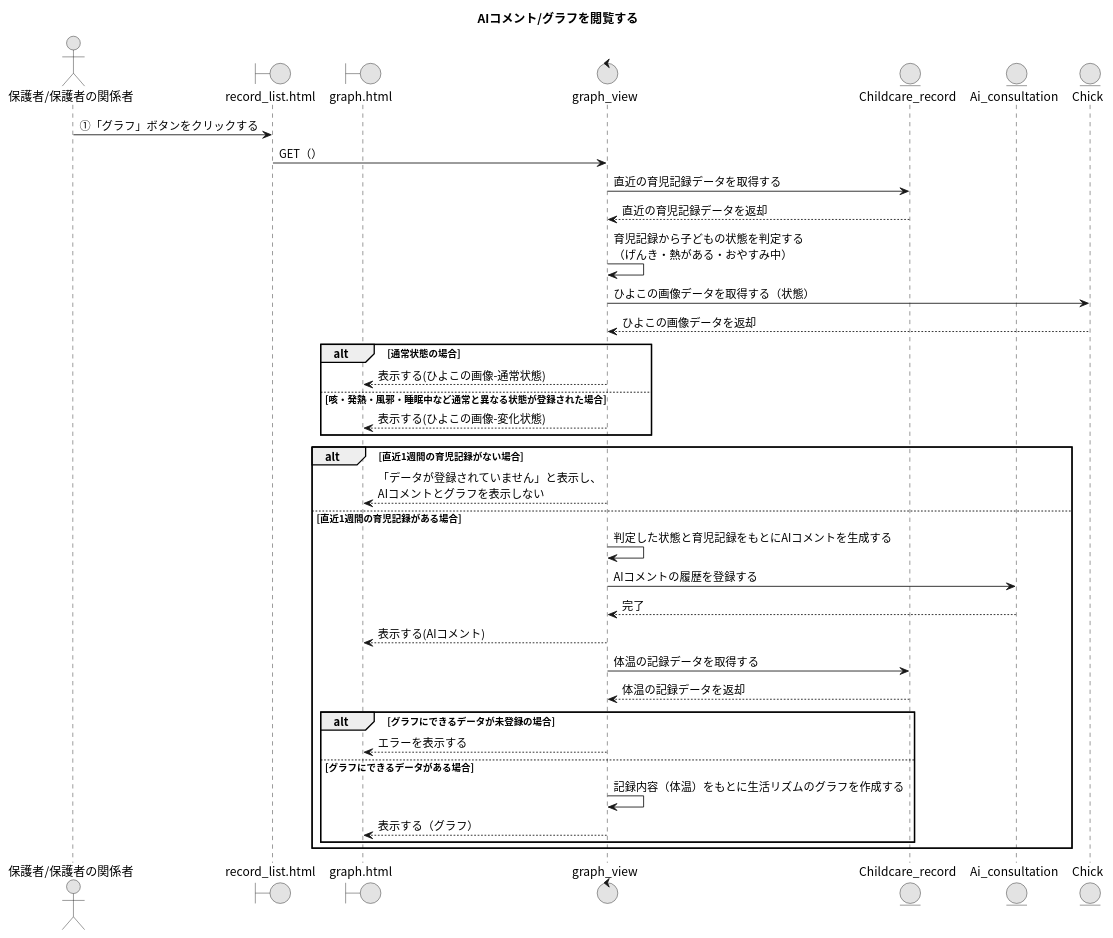
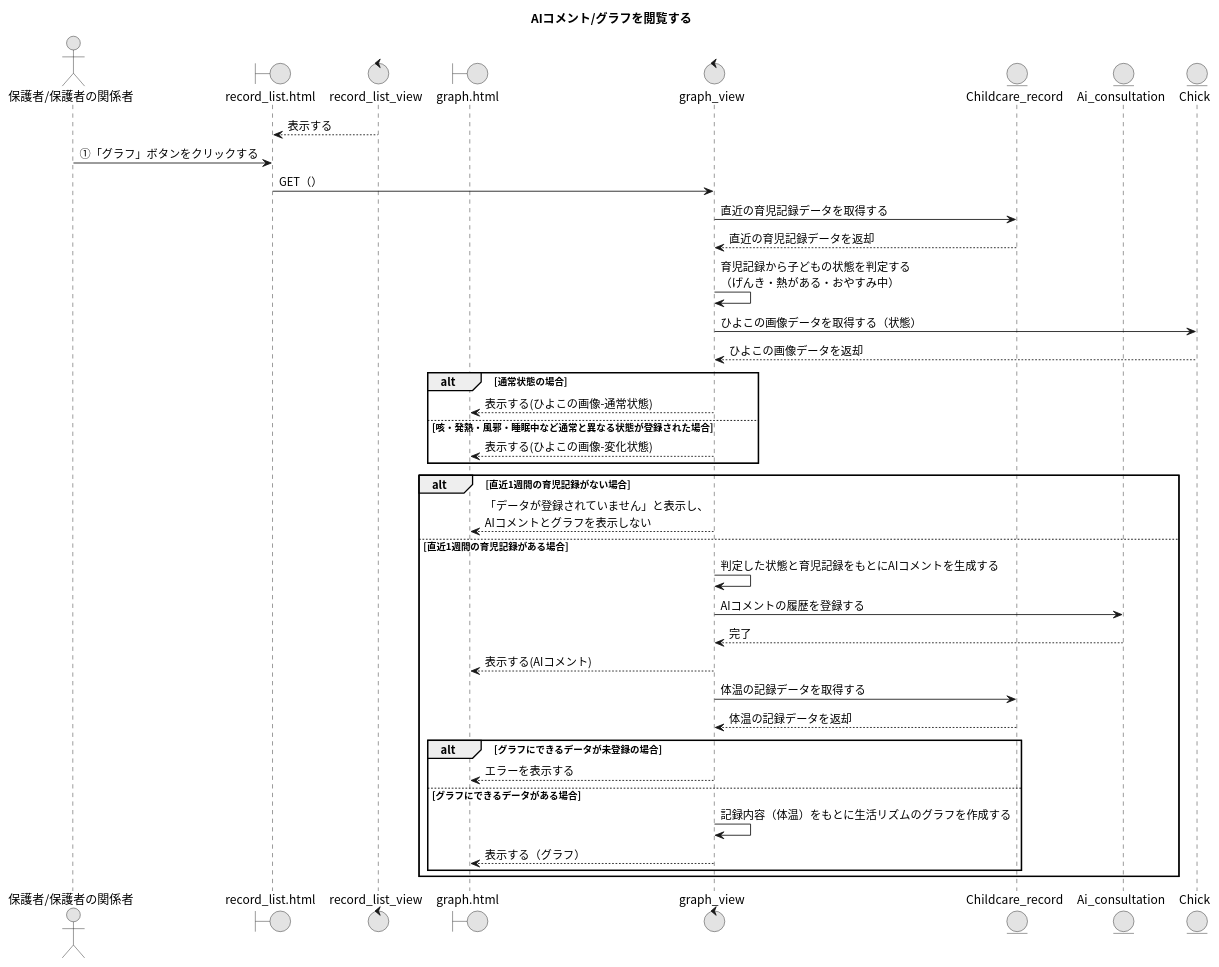
The diagram in 07_AIコメント・グラフを閲覧する.puml (Ma2naga190330/26_sotugyou_puml), drawn with PlantUML before and after one commit.

Commit message:
fix : AIコメントの変更

```diff
--- a/07_AIコメント・グラフを閲覧する.puml
+++ b/07_AIコメント・グラフを閲覧する.puml
@@ -1,44 +1,46 @@
 @startuml
 title AIコメント/グラフを閲覧する
 skinparam defaultFontName "Noto Sans CJK JP"
 skinparam monochrome true
 
 actor "保護者/保護者の関係者" as A
 boundary "record_list.html" as RLP
+control "record_list_view" as RLV
 boundary "graph.html" as GP
 control "graph_view" as GV
 entity "Childcare_record" as CRM
 entity "Ai_consultation" as ACM
 entity "Chick" as CHM
+RLP<-- RLV : 表示する
 A -> RLP : ①「グラフ」ボタンをクリックする
 RLP -> GV : GET（）
 GV -> CRM : 直近の育児記録データを取得する
 GV <-- CRM : 直近の育児記録データを返却
 GV -> GV : 育児記録から子どもの状態を判定する\n（げんき・熱がある・おやすみ中）
 GV -> CHM : ひよこの画像データを取得する（状態）
 GV <-- CHM : ひよこの画像データを返却
 
   alt 通常状態の場合
     GV --> GP : 表示する(ひよこの画像-通常状態)
   else 咳・発熱・風邪・睡眠中など通常と異なる状態が登録された場合
     GP <-- GV : 表示する(ひよこの画像-変化状態)
   end
 alt 直近1週間の育児記録がない場合
   GV --> GP : 「データが登録されていません」と表示し、\nAIコメントとグラフを表示しない
 else 直近1週間の育児記録がある場合
   
   GV -> GV : 判定した状態と育児記録をもとにAIコメントを生成する
   GV -> ACM : AIコメントの履歴を登録する
   GV <-- ACM : 完了
   GP <-- GV : 表示する(AIコメント)
 
   GV -> CRM : 体温の記録データを取得する
   GV <-- CRM : 体温の記録データを返却
   alt グラフにできるデータが未登録の場合
     GV --> GP : エラーを表示する
   else グラフにできるデータがある場合
     GV -> GV : 記録内容（体温）をもとに生活リズムのグラフを作成する
     GV --> GP : 表示する（グラフ）
   end
 end
 @enduml
```
